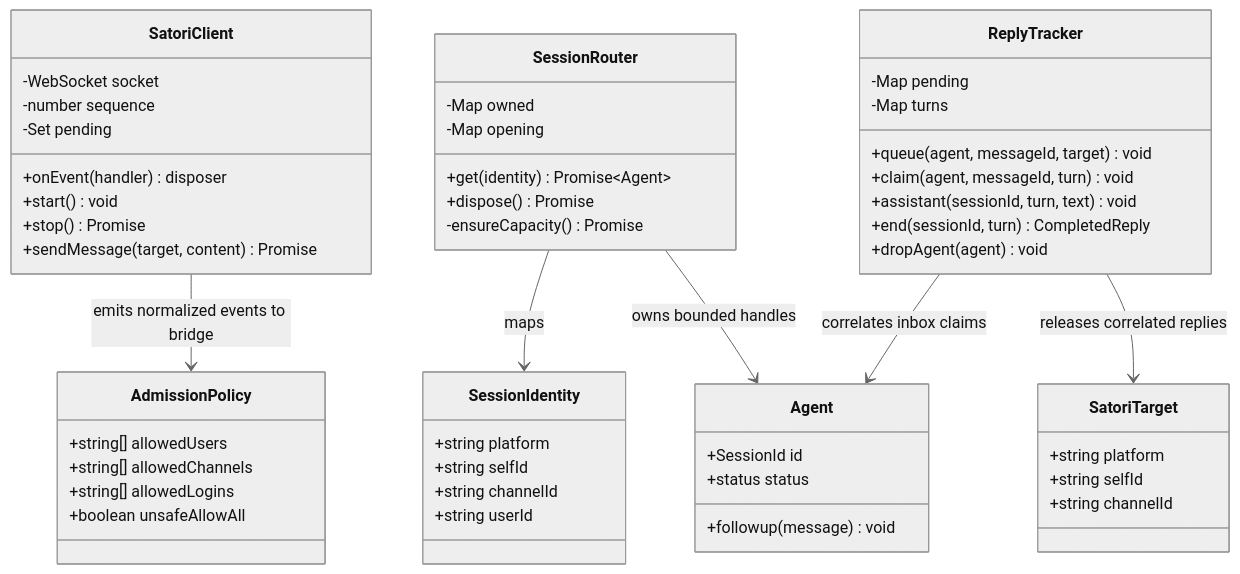
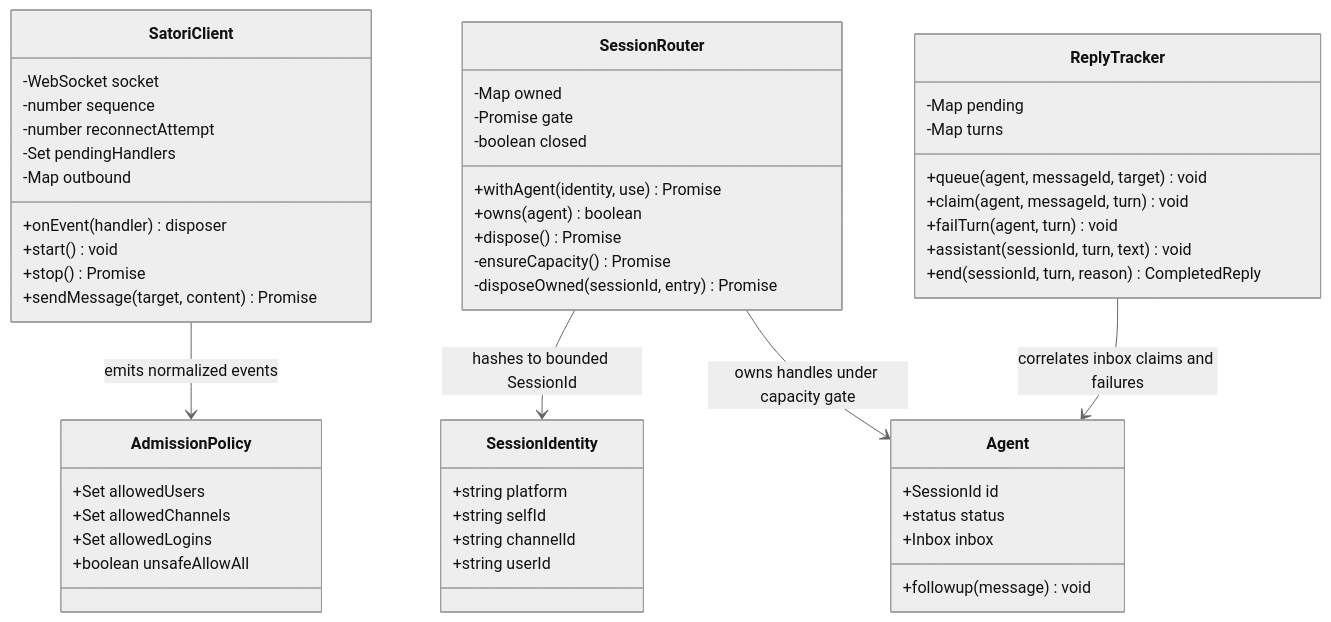
The diagram in docs/uml.md (Ri0n72Y/dsh-satori), drawn with Mermaid (neutral theme) before and after one commit. The commit also changed 20 other files, not shown here.

Commit message:
fix: harden Satori bridge lifecycle

````diff
--- a/docs/uml.md
+++ b/docs/uml.md
@@ -3,62 +3,61 @@
 ```mermaid
 classDiagram
     class SatoriClient {
         -WebSocket socket
         -number sequence
-        -Set pending
+        -number reconnectAttempt
+        -Set pendingHandlers
+        -Map outbound
         +onEvent(handler) disposer
         +start() void
         +stop() Promise
         +sendMessage(target, content) Promise
     }
 
     class SessionRouter {
         -Map owned
-        -Map opening
-        +get(identity) Promise~Agent~
+        -Promise gate
+        -boolean closed
+        +withAgent(identity, use) Promise
+        +owns(agent) boolean
         +dispose() Promise
         -ensureCapacity() Promise
+        -disposeOwned(sessionId, entry) Promise
     }
 
     class ReplyTracker {
         -Map pending
         -Map turns
         +queue(agent, messageId, target) void
         +claim(agent, messageId, turn) void
+        +failTurn(agent, turn) void
         +assistant(sessionId, turn, text) void
-        +end(sessionId, turn) CompletedReply
-        +dropAgent(agent) void
+        +end(sessionId, turn, reason) CompletedReply
     }
 
     class AdmissionPolicy {
-        +string[] allowedUsers
-        +string[] allowedChannels
-        +string[] allowedLogins
+        +Set allowedUsers
+        +Set allowedChannels
+        +Set allowedLogins
         +boolean unsafeAllowAll
-    }
-
-    class SatoriTarget {
-        +string platform
-        +string selfId
-        +string channelId
     }
 
     class SessionIdentity {
         +string platform
         +string selfId
         +string channelId
         +string userId
     }
 
     class Agent {
         +SessionId id
         +followup(message) void
         +status status
+        +Inbox inbox
     }
 
-    SatoriClient --> AdmissionPolicy : emits normalized events to bridge
-    SessionRouter --> SessionIdentity : maps
-    SessionRouter --> Agent : owns bounded handles
-    ReplyTracker --> SatoriTarget : releases correlated replies
-    ReplyTracker --> Agent : correlates inbox claims
+    SatoriClient --> AdmissionPolicy : emits normalized events
+    SessionRouter --> SessionIdentity : hashes to bounded SessionId
+    SessionRouter --> Agent : owns handles under capacity gate
+    ReplyTracker --> Agent : correlates inbox claims and failures
 ```
````
